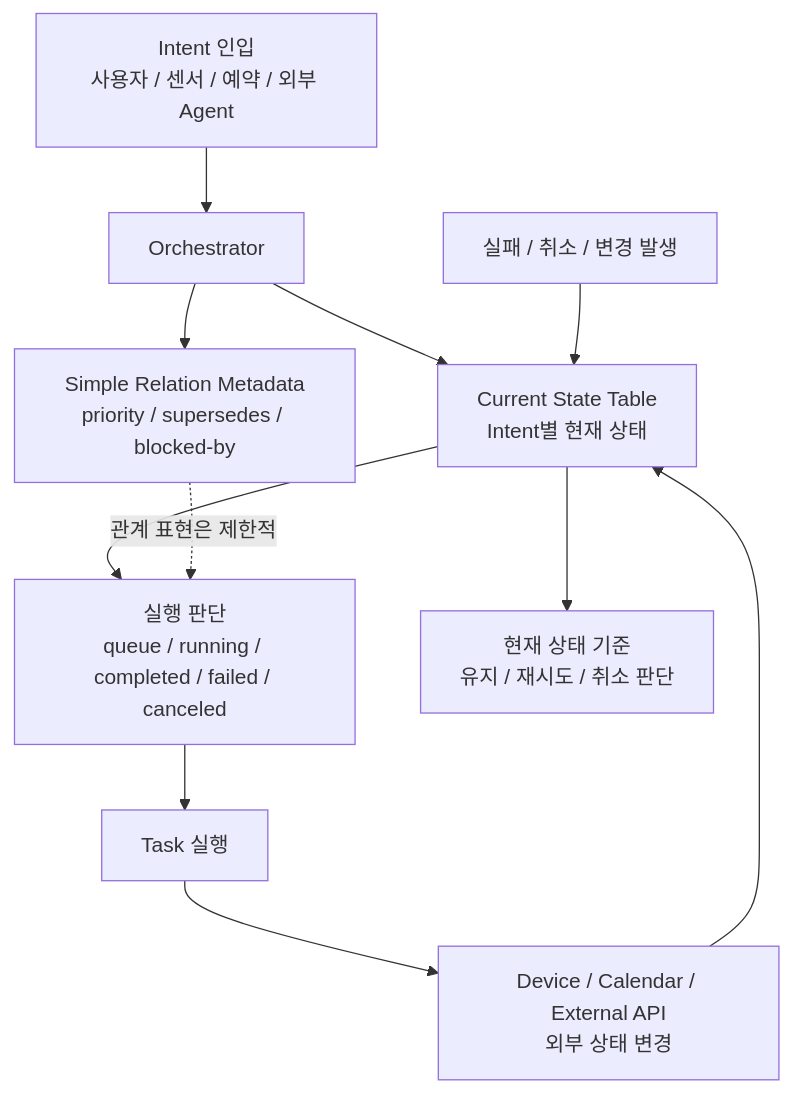
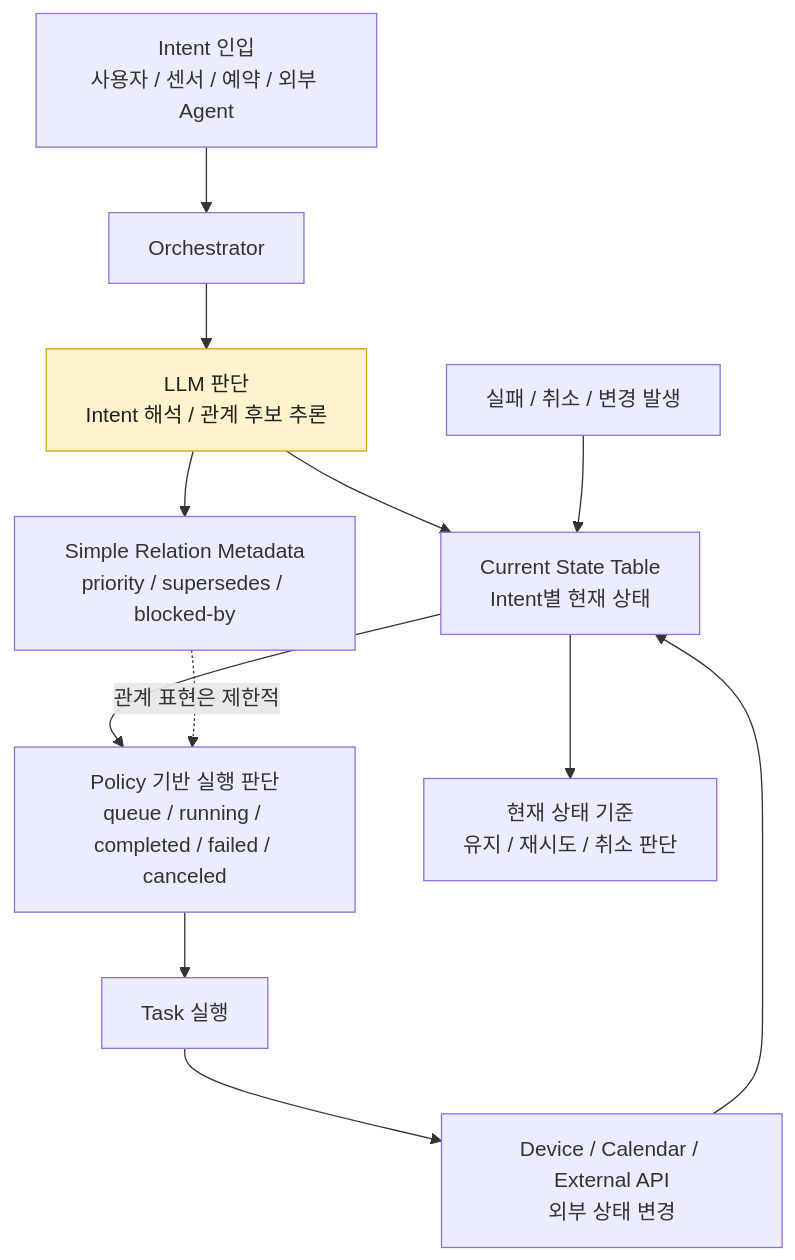
The first of 2 diagrams in docs/DP 후보안/DP11-Intent 실행 흐름의 상태 모델링 및 변경·복구 범위 관리 방식.md (Sunwoo-Nam/architect-teamproject), drawn with Mermaid before and after one commit. The commit also changed other lines of this file and 1 other file, not shown here.

Commit message:
Clarify LLM and projection roles in DP11

````diff
--- a/docs/DP 후보안/DP11-Intent 실행 흐름의 상태 모델링 및 변경·복구 범위 관리 방식.md
+++ b/docs/DP 후보안/DP11-Intent 실행 흐름의 상태 모델링 및 변경·복구 범위 관리 방식.md
@@ -39,17 +42,22 @@
 ```mermaid
 flowchart TB
+    classDef llm fill:#fff3cd,stroke:#d6a600,color:#1f1f1f
+
     I["Intent 인입<br/>사용자 / 센서 / 예약 / 외부 Agent"] --> O["Orchestrator"]
 
-    O --> ST["Current State Table<br/>Intent별 현재 상태"]
-    O --> RM["Simple Relation Metadata<br/>priority / supersedes / blocked-by"]
+    O --> LLM["LLM 판단<br/>Intent 해석 / 관계 후보 추론"]
+    LLM --> ST["Current State Table<br/>Intent별 현재 상태"]
+    LLM --> RM["Simple Relation Metadata<br/>priority / supersedes / blocked-by"]
 
-    ST --> D["실행 판단<br/>queue / running / completed / failed / canceled"]
+    ST --> D["Policy 기반 실행 판단<br/>queue / running / completed / failed / canceled"]
     RM -. "관계 표현은 제한적" .-> D
 
     D --> T["Task 실행"]
     T --> E["Device / Calendar / External API<br/>외부 상태 변경"]
 
     E --> ST
     F["실패 / 취소 / 변경 발생"] --> ST
     ST --> R["현재 상태 기준<br/>유지 / 재시도 / 취소 판단"]
+
+    class LLM llm
 ```
````
